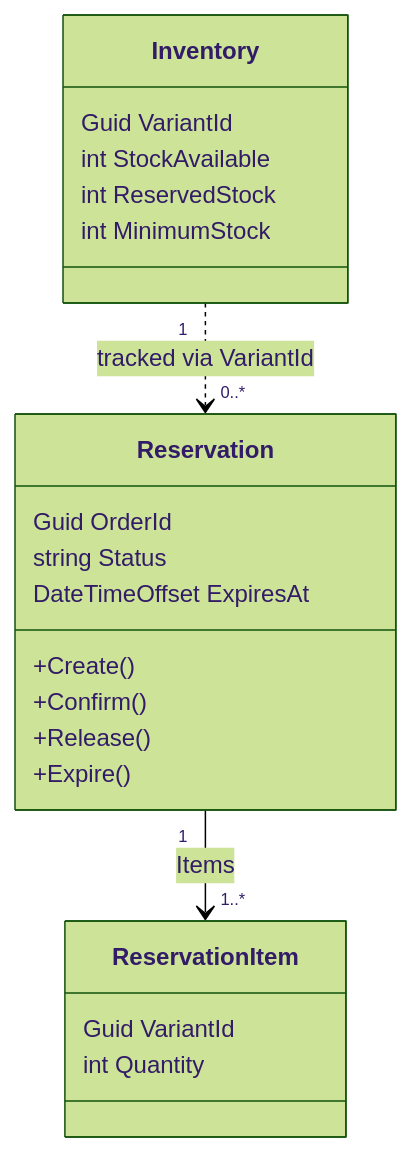
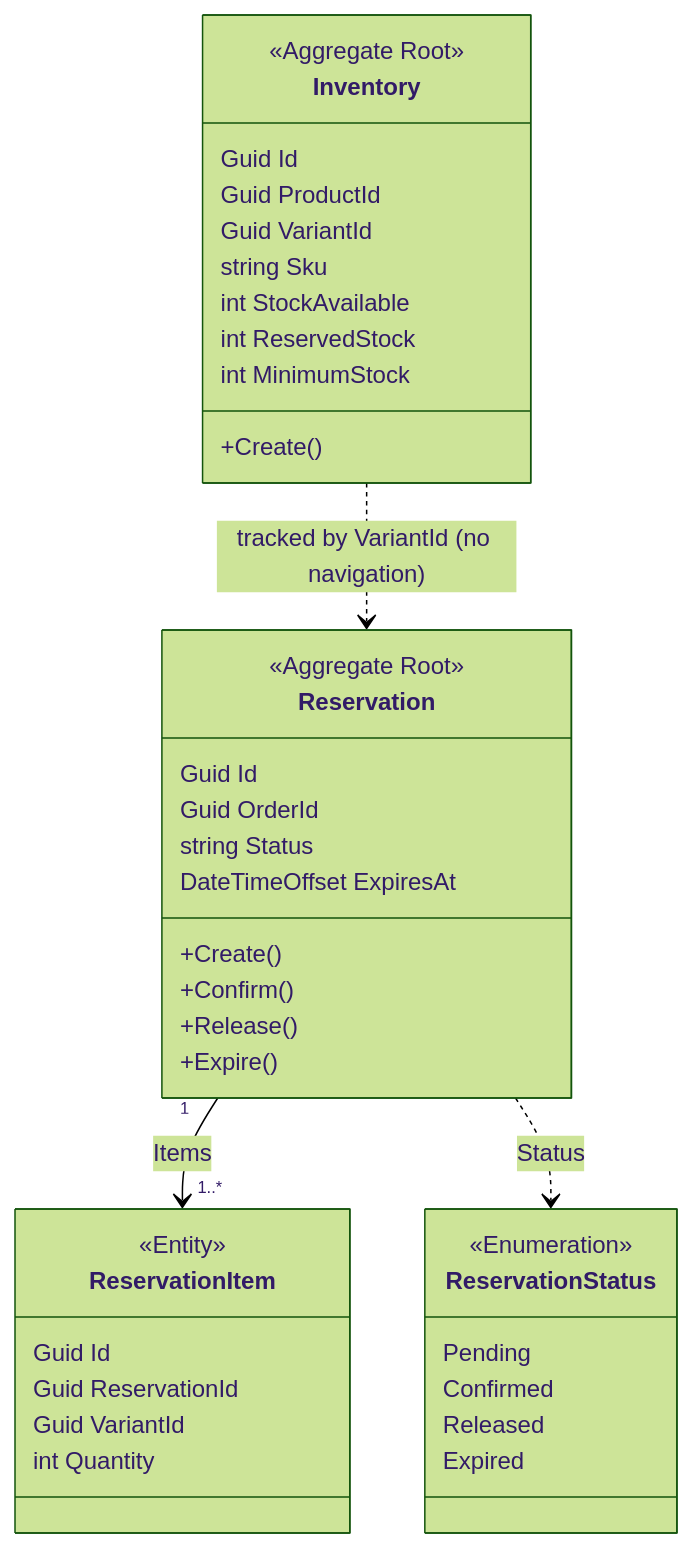
The seventh of 13 diagrams in Inventory/src/EShop.Inventory.API/README.md (mnnam1302/EShop), drawn with Mermaid (forest theme) before and after one commit. The commit also changed other lines of this file and 105 other files, not shown here.

````diff
--- a/Inventory/src/EShop.Inventory.API/README.md
+++ b/Inventory/src/EShop.Inventory.API/README.md
@@ -56,27 +178,43 @@
 ```mermaid
 classDiagram
     class Inventory {
+        <<Aggregate Root>>
+        Guid Id
+        Guid ProductId
         Guid VariantId
+        string Sku
         int StockAvailable
         int ReservedStock
         int MinimumStock
+        +Create()
     }
-
     class Reservation {
+        <<Aggregate Root>>
+        Guid Id
         Guid OrderId
         string Status
         DateTimeOffset ExpiresAt
         +Create()
         +Confirm()
         +Release()
         +Expire()
     }
-
     class ReservationItem {
+        <<Entity>>
+        Guid Id
+        Guid ReservationId
         Guid VariantId
         int Quantity
     }
+    class ReservationStatus {
+        <<Enumeration>>
+        Pending
+        Confirmed
+        Released
+        Expired
+    }
 
     Reservation "1" --> "1..*" ReservationItem : Items
-    Inventory "1" ..> "0..*" Reservation : tracked via VariantId
+    Reservation ..> ReservationStatus : Status
+    Inventory ..> Reservation : tracked by VariantId (no navigation)
 ```
````
